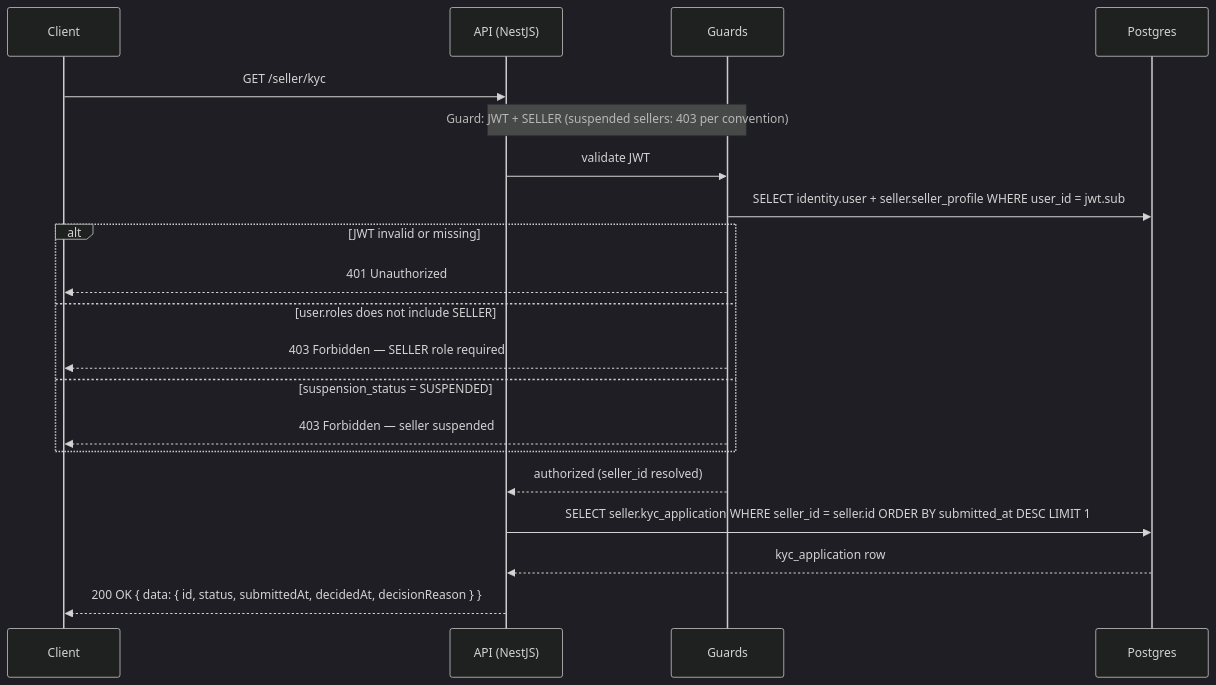
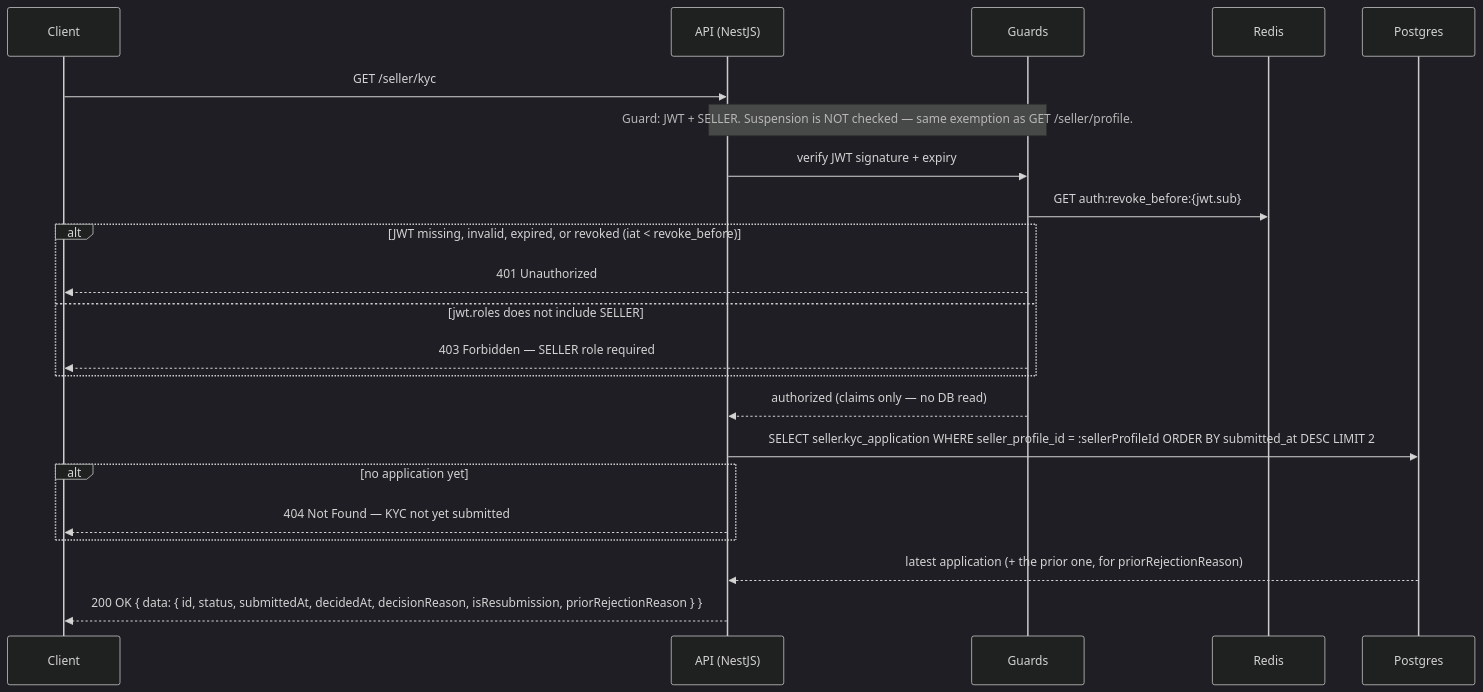
Before and after one commit to alisa-uthi/aliceut-ecom-document: the fourth of 23 diagrams in phase-1/technical-design/api-design/seller.md, drawn with Mermaid (dark theme). The commit also changed other lines of this file and 73 other files, not shown here.

````diff
--- a/phase-1/technical-design/api-design/seller.md
+++ b/phase-1/technical-design/api-design/seller.md
@@ -240,25 +418,27 @@
 ```mermaid
 sequenceDiagram
     participant C as Client
     participant A as API (NestJS)
     participant G as Guards
+    participant R as Redis
     participant P as Postgres
 
     C->>A: GET /seller/kyc
-    Note over A,G: Guard: JWT + SELLER (suspended sellers: 403 per convention)
-    A->>G: validate JWT
-    G->>P: SELECT identity.user + seller.seller_profile WHERE user_id = jwt.sub
-    alt JWT invalid or missing
+    Note over A,G: Guard: JWT + SELLER. Suspension is NOT checked — same exemption as GET /seller/profile.
+    A->>G: verify JWT signature + expiry
+    G->>R: GET auth:revoke_before:{jwt.sub}
+    alt JWT missing, invalid, expired, or revoked (iat < revoke_before)
         G-->>C: 401 Unauthorized
-    else user.roles does not include SELLER
+    else jwt.roles does not include SELLER
         G-->>C: 403 Forbidden — SELLER role required
-    else suspension_status = SUSPENDED
-        G-->>C: 403 Forbidden — seller suspended
     end
-    G-->>A: authorized (seller_id resolved)
+    G-->>A: authorized (claims only — no DB read)
 
-    A->>P: SELECT seller.kyc_application WHERE seller_id = seller.id ORDER BY submitted_at DESC LIMIT 1
-    P-->>A: kyc_application row
+    A->>P: SELECT seller.kyc_application WHERE seller_profile_id = :sellerProfileId ORDER BY submitted_at DESC LIMIT 2
+    alt no application yet
+        A-->>C: 404 Not Found — KYC not yet submitted
+    end
+    P-->>A: latest application (+ the prior one, for priorRejectionReason)
 
-    A-->>C: 200 OK { data: { id, status, submittedAt, decidedAt, decisionReason } }
+    A-->>C: 200 OK { data: { id, status, submittedAt, decidedAt, decisionReason, isResubmission, priorRejectionReason } }
 ```
````
